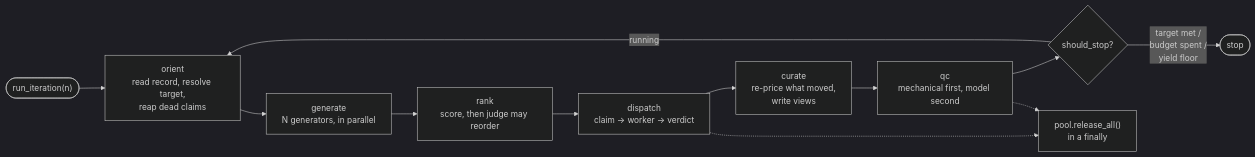
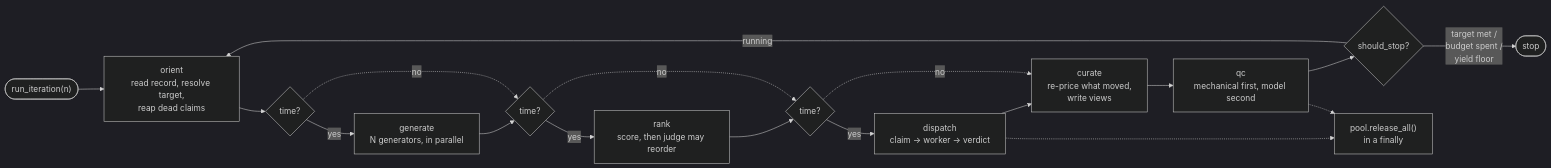
One commit to Ryun1/auto-research-toolkit changed the second of 5 diagrams in docs/ARCHITECTURE.md. Above: the diagram before and after it, drawn with Mermaid (dark theme). The commit also changed other lines of this file, not shown here.

First line of the commit message:
Architecture: catch the diagrams up to the two commits they predate

````diff
--- a/docs/ARCHITECTURE.md
+++ b/docs/ARCHITECTURE.md
@@ -60,19 +68,30 @@
 ```mermaid
 flowchart LR
     start(["run_iteration(n)"]) --> orient
     orient["orient<br/>read record, resolve target,<br/>reap dead claims"]
     generate["generate<br/>N generators, in parallel"]
     rankp["rank<br/>score, then judge may reorder"]
     dispatch["dispatch<br/>claim → worker → verdict"]
     curate["curate<br/>re-price what moved,<br/>write views"]
     qc["qc<br/>mechanical first, model second"]
     stop{"should_stop?"}
 
-    orient --> generate --> rankp --> dispatch --> curate --> qc --> stop
+    c1{"time?"}
+    c2{"time?"}
+    c3{"time?"}
+
+    orient --> c1
+    c1 -->|"yes"| generate --> c2
+    c2 -->|"yes"| rankp --> c3
+    c3 -->|"yes"| dispatch --> curate
+    c1 -.->|"no"| c2
+    c2 -.->|"no"| c3
+    c3 -.->|"no"| curate
+    curate --> qc --> stop
     stop -->|"running"| orient
     stop -->|"target met /<br/>budget spent /<br/>yield floor"| done(["stop"])
 
     teardown["pool.release_all()<br/>in a finally"]
     dispatch -.-> teardown
     qc -.-> teardown
 ```
````
